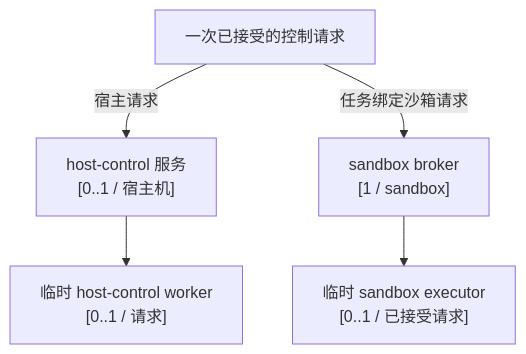
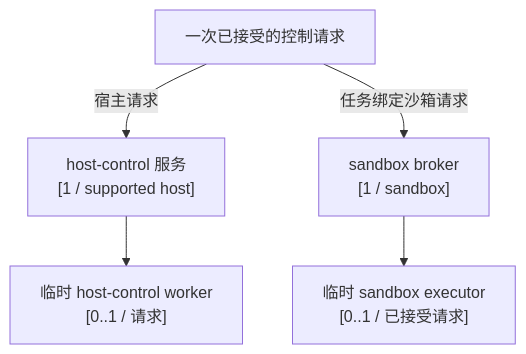
The third of 4 diagrams in docs/zh-CN/architecture.md (fitlab-ai/agent-infra), drawn with Mermaid before and after one commit. The commit also changed other lines of this file and 1 other file, not shown here.

Commit message:
docs(architecture): clarify host-control cardinality

````diff
--- a/docs/zh-CN/architecture.md
+++ b/docs/zh-CN/architecture.md
@@ -102,11 +111,11 @@
 ```mermaid
 flowchart TD
   REQUEST["一次已接受的控制请求"]
-  HOST["host-control 服务<br/>[0..1 / 宿主机]"]
+  HOST["host-control 服务<br/>[1 / supported host]"]
   HW["临时 host-control worker<br/>[0..1 / 请求]"]
   BROKER["sandbox broker<br/>[1 / sandbox]"]
   EXEC["临时 sandbox executor<br/>[0..1 / 已接受请求]"]
 
   REQUEST -->|宿主请求| HOST --> HW
   REQUEST -->|任务绑定沙箱请求| BROKER --> EXEC
 ```
````
